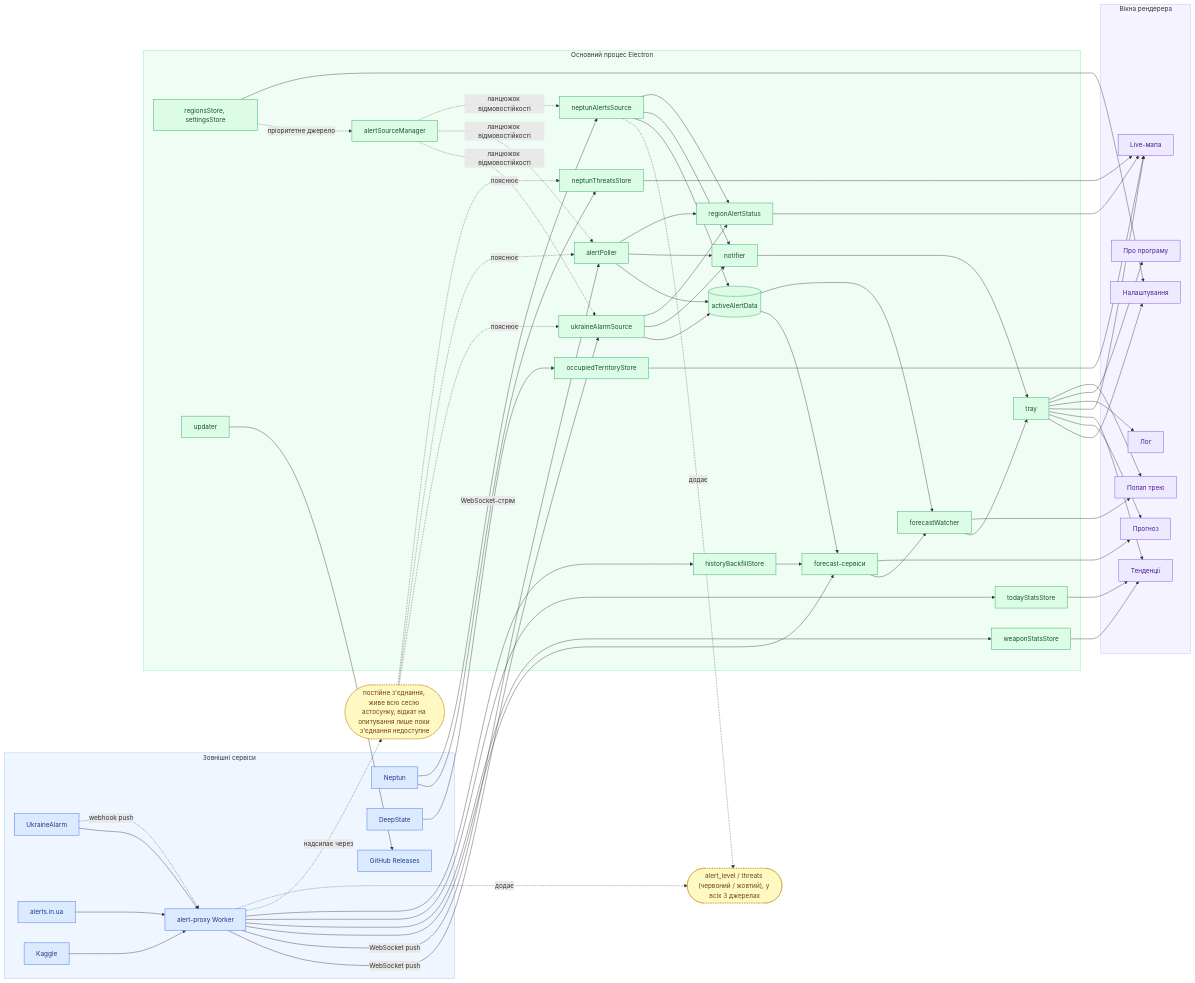
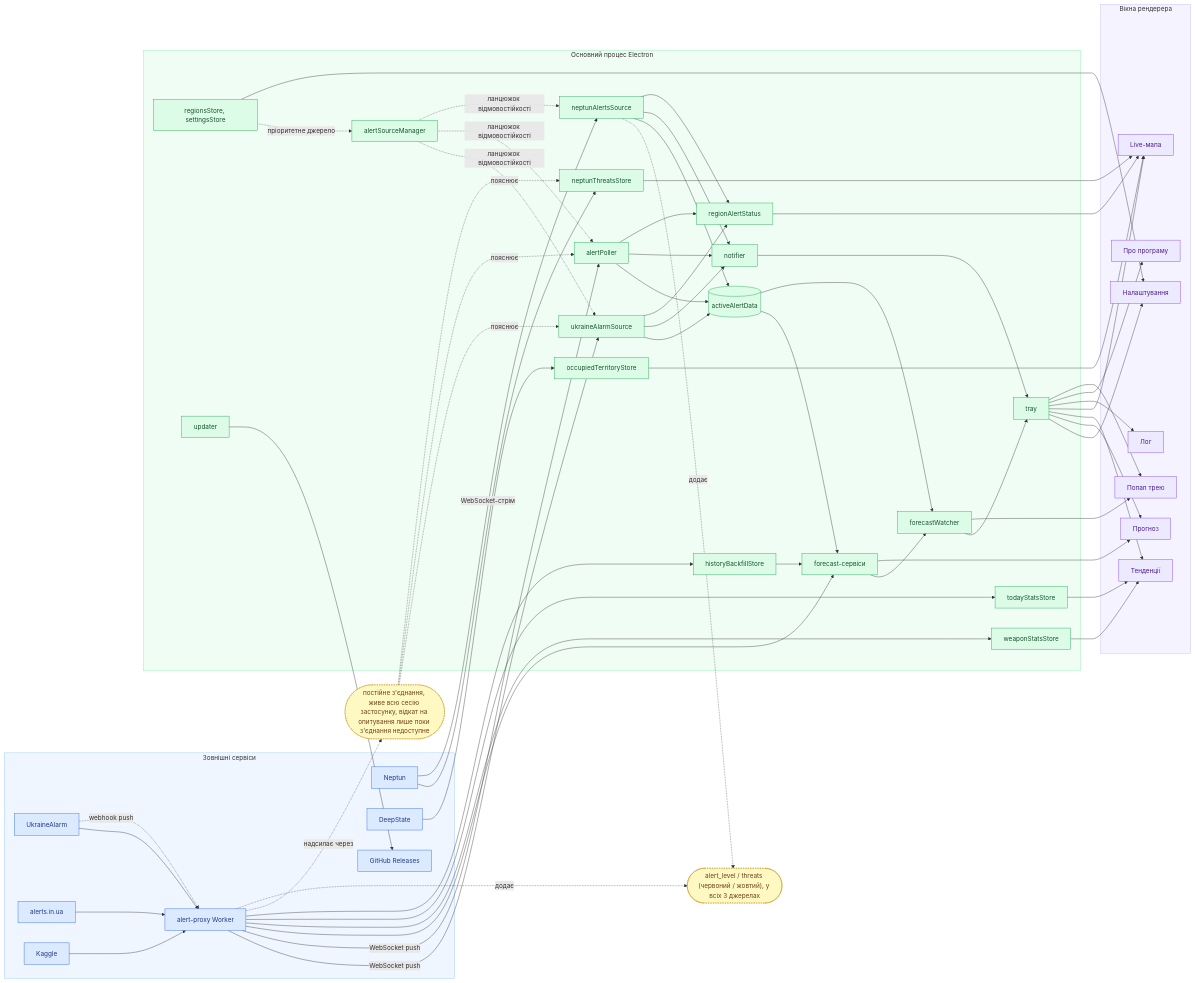
Before and after one commit to sergeiown/Alert_Server: the diagram in docs/diagrams/architecture-uk.mmd, drawn with Mermaid. The commit also changed 2 other files, not shown here.

Commit message:
Regenerate architecture diagrams from the edited notes, fix a typo

```diff
--- a/docs/diagrams/architecture-uk.mmd
+++ b/docs/diagrams/architecture-uk.mmd
@@ -1,119 +1,119 @@
 flowchart LR
     subgraph ext[Зовнішні сервіси]
         ukrainealarm[UkraineAlarm]
         api[alerts.in.ua]
         proxy[alert-proxy Worker]
         neptun[Neptun]
         deepstate[DeepState]
         kaggle[Kaggle]
         gh[GitHub Releases]
     end
 
     subgraph main[Основний процес Electron]
         sourceManager[alertSourceManager]
         uaSource[ukraineAlarmSource]
         poller[alertPoller]
         altSource[neptunAlertsSource]
         threatsStore[neptunThreatsStore]
         activeData[(activeAlertData)]
         notifier[notifier]
         regionStatus[regionAlertStatus]
         todayStats[todayStatsStore]
         historyBackfill[historyBackfillStore]
         occupied[occupiedTerritoryStore]
         forecast[forecast-сервіси]
         watcher[forecastWatcher]
         weaponStats[weaponStatsStore]
         tray[tray]
         stores[regionsStore, settingsStore]
         updater[updater]
     end
 
     subgraph win[Вікна рендерера]
         settingsWin[Налаштування]
         forecastWin[Прогноз]
         trendsWin[Тенденції]
         liveMapWin[Live-мапа]
         popup[Попап трею]
         logWin[Лог]
         aboutWin[Про програму]
     end
 
     ukrainealarm --> proxy
     ukrainealarm -. webhook push .-> proxy
     api --> proxy
     kaggle --> proxy
     proxy -->|WebSocket push| uaSource
     proxy -->|WebSocket push| poller
     proxy --> forecast
     proxy --> weaponStats
     proxy --> todayStats
     proxy --> historyBackfill
     deepstate --> occupied
     neptun -->|WebSocket-стрім| threatsStore
     neptun --> altSource
 
-    pushNote(["постійне з'єднання, живе всю сесію астосунку, відкат на опитування лише поки з'єднання недоступне"])
+    pushNote(["постійне з'єднання, живе всю сесію застосунку, відкат на опитування лише поки з'єднання недоступне"])
     proxy -. надсилає через .-> pushNote
     pushNote -. пояснює .-> uaSource
     pushNote -. пояснює .-> poller
     pushNote -. пояснює .-> threatsStore
 
     levelNote(["alert_level / threats (червоний / жовтий), у всіх 3 джерелах"])
     proxy -. додає .-> levelNote
     altSource -. додає .-> levelNote
 
     stores -. пріоритетне джерело .-> sourceManager
     sourceManager -. ланцюжок відмовостійкості .-> uaSource
     sourceManager -. ланцюжок відмовостійкості .-> poller
     sourceManager -. ланцюжок відмовостійкості .-> altSource
     uaSource --> activeData
     poller --> activeData
     altSource --> activeData
     uaSource --> notifier
     poller --> notifier
     altSource --> notifier
     uaSource --> regionStatus
     poller --> regionStatus
     altSource --> regionStatus
     notifier --> tray
 
     activeData --> forecast
     activeData --> watcher
     historyBackfill --> forecast
     forecast --> watcher
     watcher --> tray
     watcher --> popup
 
     regionStatus --> liveMapWin
     threatsStore --> liveMapWin
     occupied --> liveMapWin
     weaponStats --> trendsWin
     todayStats --> trendsWin
 
     stores --> settingsWin
     forecast --> forecastWin
 
     tray --> settingsWin
     tray --> forecastWin
     tray --> trendsWin
     tray --> liveMapWin
     tray --> logWin
     tray --> aboutWin
     tray --> popup
 
     updater --> gh
 
     classDef extNode fill:#dbeafe,stroke:#2563eb,color:#1e3a8a
     classDef mainNode fill:#dcfce7,stroke:#16a34a,color:#14532d
     classDef winNode fill:#ede9fe,stroke:#7c3aed,color:#4c1d95
     classDef noteNode fill:#fef9c3,stroke:#ca8a04,color:#713f12,stroke-dasharray:3 3
 
     class ukrainealarm,api,proxy,neptun,deepstate,kaggle,gh extNode
     class sourceManager,uaSource,poller,altSource,threatsStore,activeData,notifier,regionStatus,todayStats,historyBackfill,occupied,forecast,watcher,weaponStats,tray,stores,updater mainNode
     class settingsWin,forecastWin,trendsWin,liveMapWin,popup,logWin,aboutWin winNode
     class levelNote,pushNote noteNode
 
     style ext fill:#eff6ff,stroke:#93c5fd
     style main fill:#f0fdf4,stroke:#86efac
     style win fill:#f5f3ff,stroke:#c4b5fd
```
